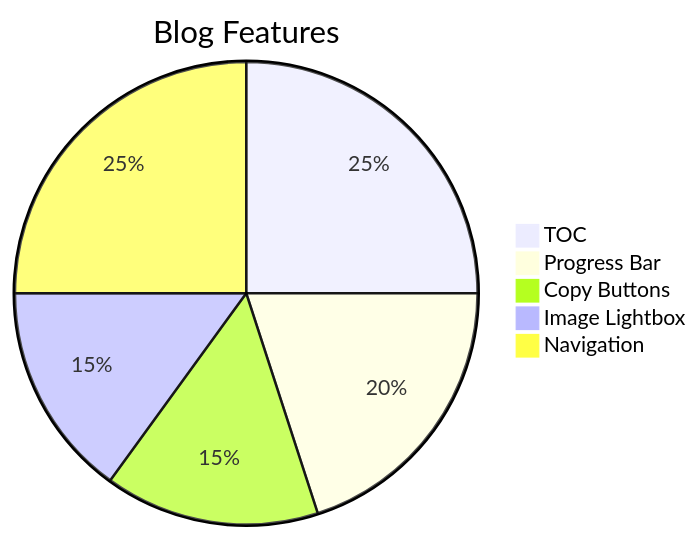
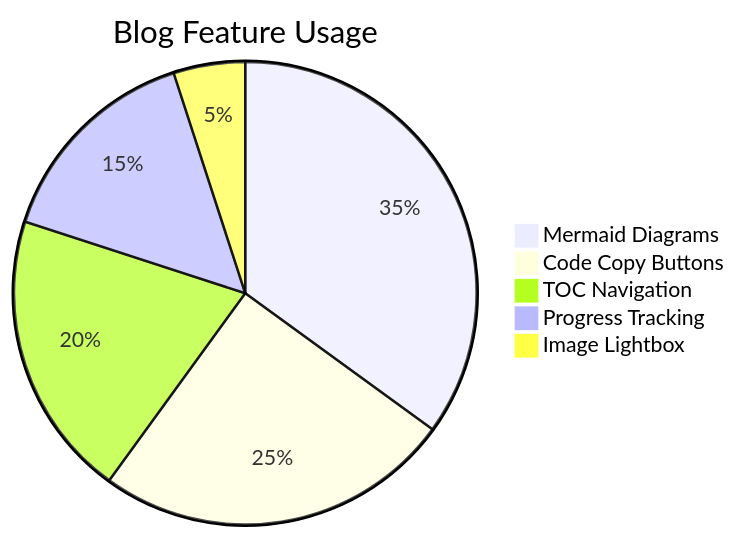
The seventh of 14 diagrams in _posts/2025-07-06-mermaid-test.md (samadeep/samadeep.github.io), drawn with Mermaid before and after one commit. The commit also changed other lines of this file and 12 other files, not shown here.

Commit message:
feat: diagrams and blog guide

```diff
--- a/_posts/2025-07-06-mermaid-test.md
+++ b/_posts/2025-07-06-mermaid-test.md
@@ -86,8 +222,8 @@
 {% mermaid %}
-pie title Blog Features
-    "TOC" : 25
-    "Progress Bar" : 20
-    "Copy Buttons" : 15
-    "Image Lightbox" : 15
-    "Navigation" : 25
+pie title Blog Feature Usage
+    "Mermaid Diagrams" : 35
+    "Code Copy Buttons" : 25
+    "TOC Navigation" : 20
+    "Progress Tracking" : 15
+    "Image Lightbox" : 5
 {% endmermaid %}
```
